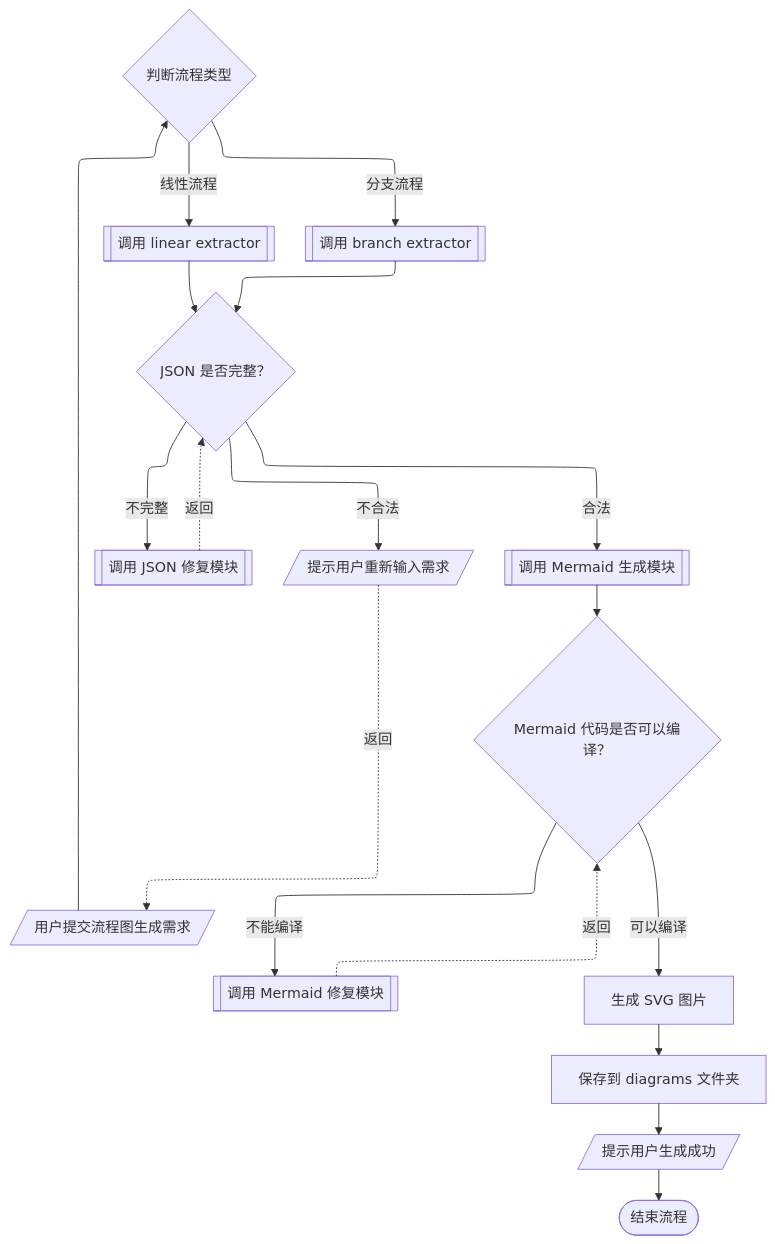
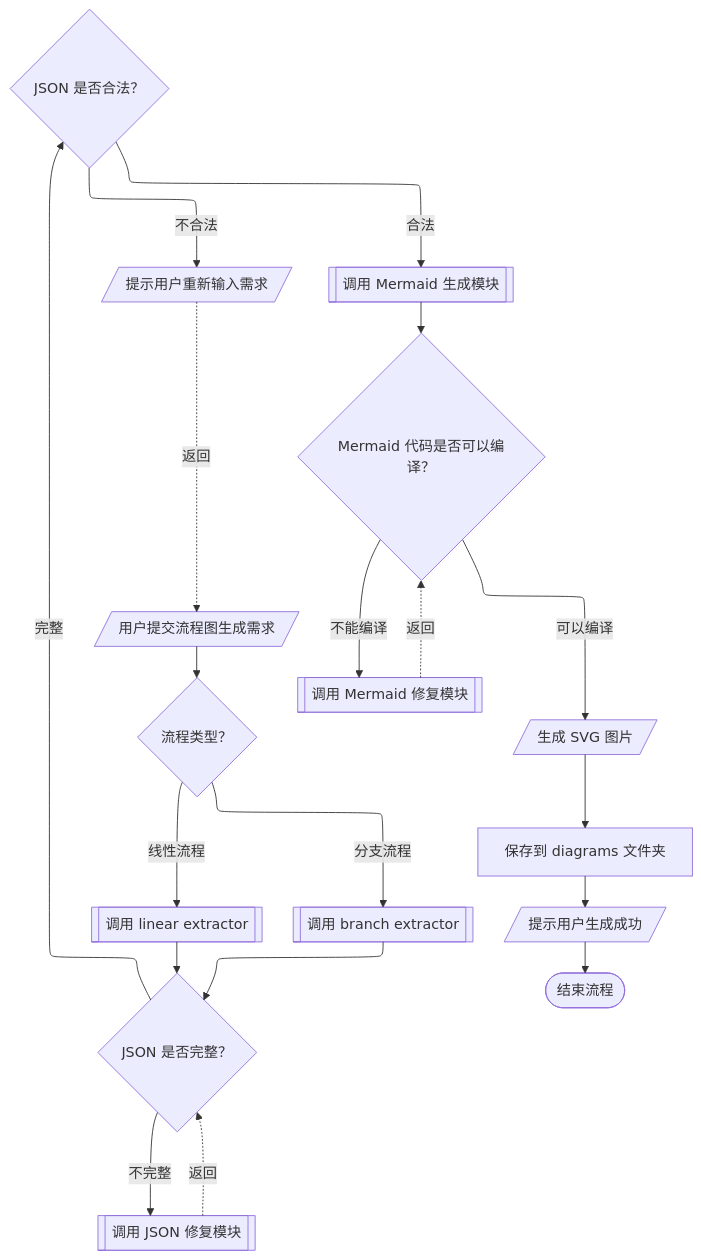
The diagram in diagrams/branch_flowchart.mmd (pujipia/Agent-Practise), drawn with Mermaid before and after one commit. The commit also changed 2 other files, not shown here.

```diff
--- a/diagrams/branch_flowchart.mmd
+++ b/diagrams/branch_flowchart.mmd
@@ -1,34 +1,36 @@
 %%{init: {"flowchart": {"defaultRenderer": "elk"}}}%%
 flowchart TD
 A[/"用户提交流程图生成需求"/]
-B{"判断流程类型"}
+B{"流程类型？"}
 C[["调用 linear extractor"]]
 D[["调用 branch extractor"]]
 E{"JSON 是否完整？"}
 F[["调用 JSON 修复模块"]]
+G{"JSON 是否合法？"}
 H[/"提示用户重新输入需求"/]
-J[["调用 Mermaid 生成模块"]]
-K{"Mermaid 代码是否可以编译？"}
-L[["调用 Mermaid 修复模块"]]
-M["生成 SVG 图片"]
-N["保存到 diagrams 文件夹"]
-O[/"提示用户生成成功"/]
-P(["结束流程"])
+I[["调用 Mermaid 生成模块"]]
+J{"Mermaid 代码是否可以编译？"}
+K[["调用 Mermaid 修复模块"]]
+L[/"生成 SVG 图片"/]
+M["保存到 diagrams 文件夹"]
+N[/"提示用户生成成功"/]
+O(["结束流程"])
 
 A --> B
 B -->|线性流程| C
 B -->|分支流程| D
+C --> E
 E -->|不完整| F
-E -->|不合法| H
-E -->|合法| J
-J --> K
-K -->|不能编译| L
-L -.->|返回| K
-K -->|可以编译| M
+F -.->|返回| E
+E -->|完整| G
+G -->|不合法| H
+H -.->|返回| A
+G -->|合法| I
+I --> J
+J -->|不能编译| K
+K -.->|返回| J
+J -->|可以编译| L
+L --> M
 M --> N
 N --> O
-O --> P
-C --> E
 D --> E
-F -.->|返回| E
-H -.->|返回| A
```
